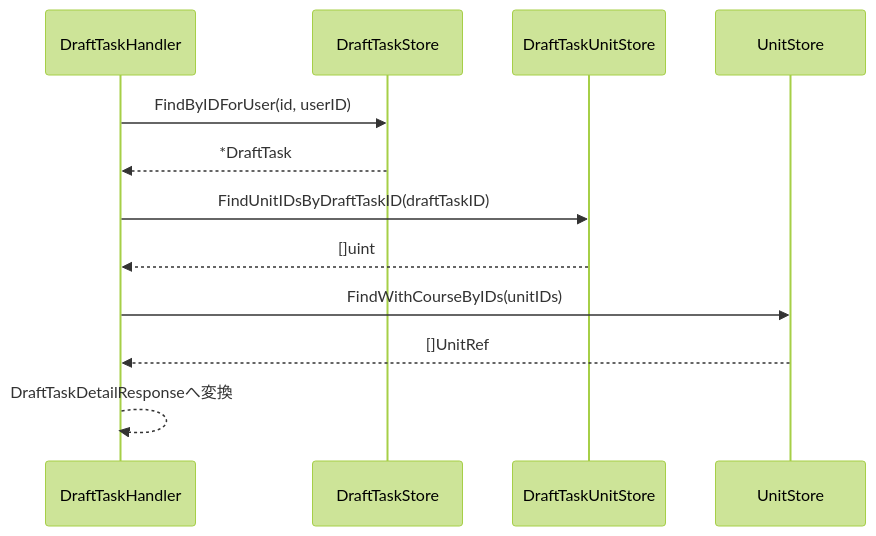
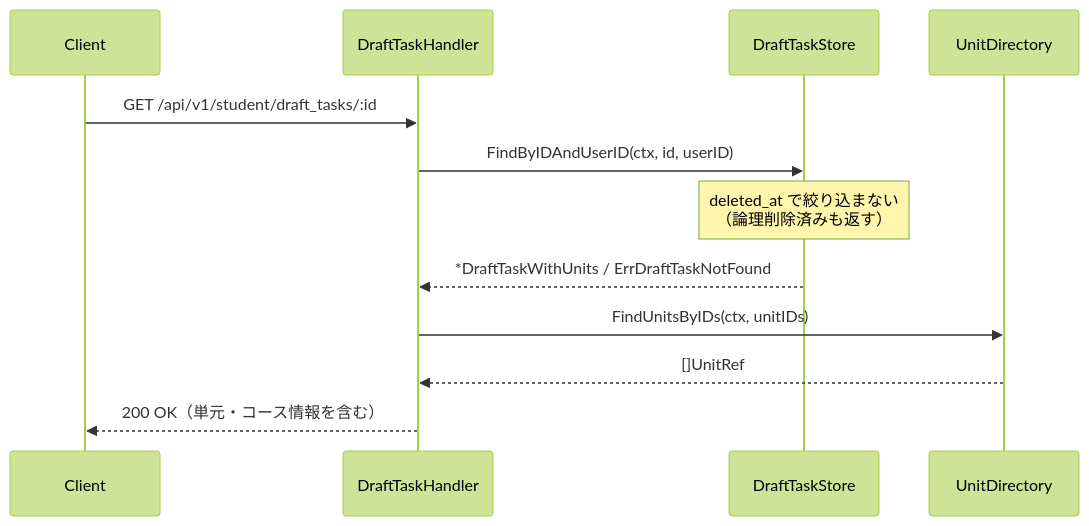
Before and after one commit to yuta20253/edu-platform-go-design: the third of 5 diagrams in 計画書/Go実装仕様書/タスク下書き機能_Go実装仕様書.md, drawn with Mermaid (forest theme). The commit also changed other lines of this file, not shown here.

````diff
--- a/計画書/Go実装仕様書/タスク下書き機能_Go実装仕様書.md
+++ b/計画書/Go実装仕様書/タスク下書き機能_Go実装仕様書.md
@@ -326,15 +376,15 @@
 ```mermaid
 sequenceDiagram
+    participant C as Client
     participant H as DraftTaskHandler
-    participant DTS as DraftTaskStore
-    participant DTUS as DraftTaskUnitStore
-    participant US as UnitStore
+    participant DS as DraftTaskStore
+    participant UD as UnitDirectory
 
-    H->>DTS: FindByIDForUser(id, userID)
-    DTS-->>H: *DraftTask
-    H->>DTUS: FindUnitIDsByDraftTaskID(draftTaskID)
-    DTUS-->>H: []uint
-    H->>US: FindWithCourseByIDs(unitIDs)
-    US-->>H: []UnitRef
-    H-->>H: DraftTaskDetailResponseへ変換
+    C->>H: GET /api/v1/student/draft_tasks/:id
+    H->>DS: FindByIDAndUserID(ctx, id, userID)
+    Note over DS: deleted_at で絞り込まない<br/>（論理削除済みも返す）
+    DS-->>H: *DraftTaskWithUnits / ErrDraftTaskNotFound
+    H->>UD: FindUnitsByIDs(ctx, unitIDs)
+    UD-->>H: []UnitRef
+    H-->>C: 200 OK（単元・コース情報を含む）
 ```
````
